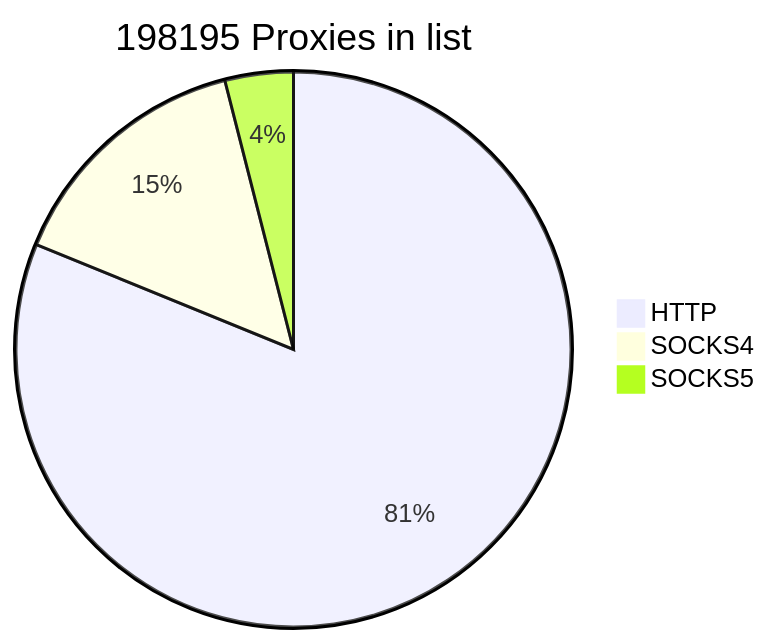
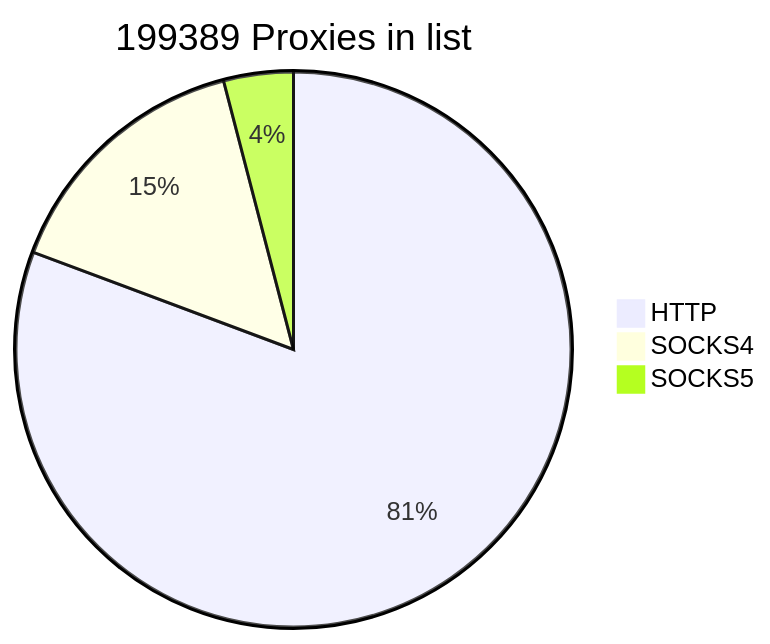
Before and after one commit to cutipu/proxylist: the first of 2 diagrams in README.md, drawn with Mermaid. The commit also changed other lines of this file, not shown here.

````diff
--- a/README.md
+++ b/README.md
@@ -2,7 +2,7 @@
 ```mermaid
-pie title 198195 Proxies in list
-    "HTTP" : 160862
-    "SOCKS4" : 29453
-    "SOCKS5" : 7880
+pie title 199389 Proxies in list
+    "HTTP" : 160890
+    "SOCKS4" : 30417
+    "SOCKS5" : 8082
             
 ```
````
